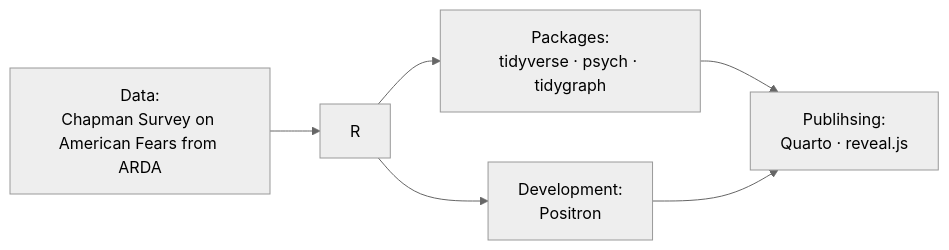
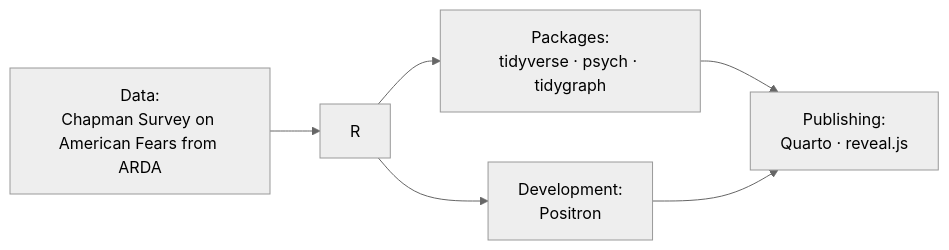
One commit to asleepwithabook/asleepwithabook changed the diagram in README.md. Above: the diagram before and after it, drawn with Mermaid.

````diff
--- a/README.md
+++ b/README.md
@@ -52,16 +52,16 @@
 ```mermaid
 %%{init: {"theme": "default", "securityLevel": "strict", "startOnLoad": false, "theme": "neutral"}}%%
 
 flowchart LR
   DATA["Data:<br/>Chapman Survey on American Fears from ARDA"]
   R["R"]
   PACKAGE["Packages:<br/>tidyverse · psych · tidygraph"]
   DEVELOPMENT["Development:<br/>Positron"]
-  PUBLISHING["Publihsing:<br/>Quarto · reveal.js"]
+  PUBLISHING["Publishing:<br/>Quarto · reveal.js"]
 
   DATA --> R
   R --> PACKAGE
   R --> DEVELOPMENT
   PACKAGE --> PUBLISHING
   DEVELOPMENT --> PUBLISHING
 ```
````
